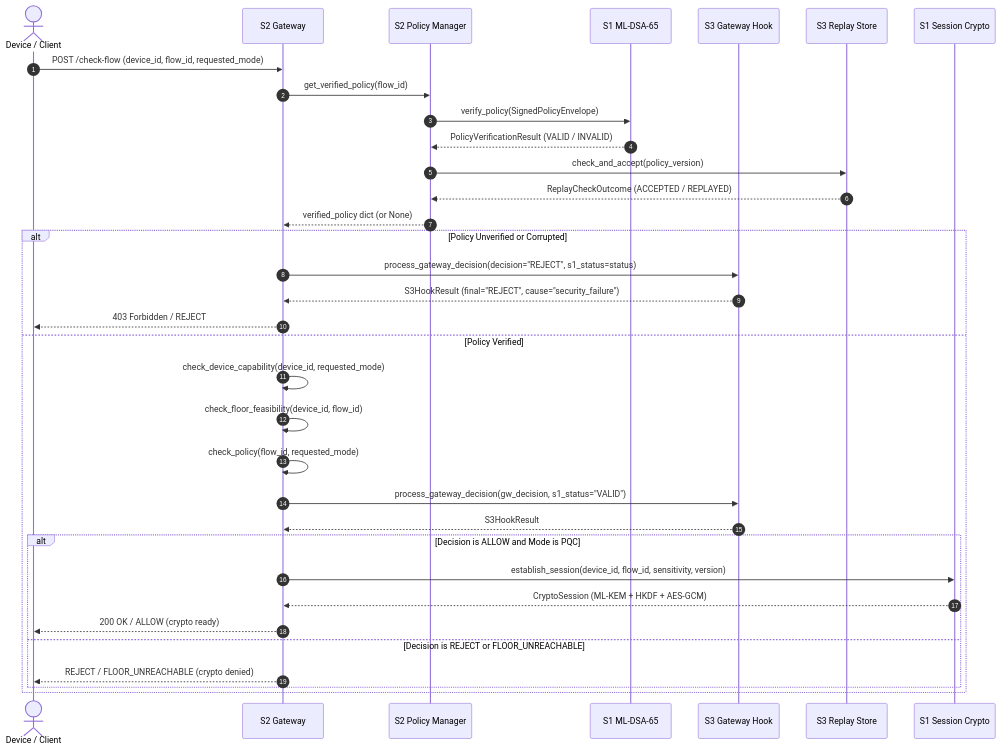
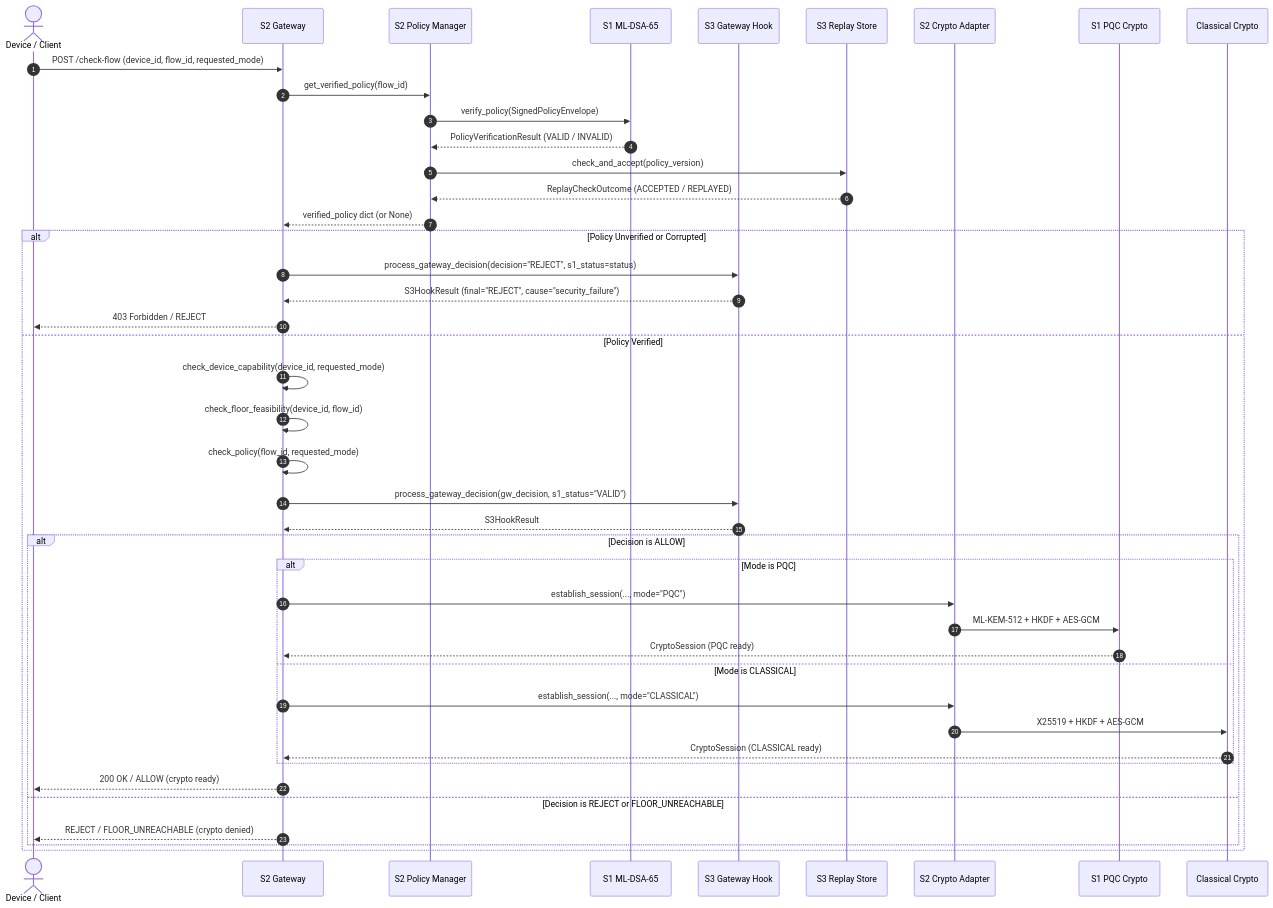
One commit to preksha-07/QERIS changed the second of 2 diagrams in docs/ARCHITECTURE.md. Above: the diagram before and after it, drawn with Mermaid. The commit also changed other lines of this file and 21 other files, not shown here.

Commit message:
Integrate classical cryptography add-on (X25519 + HKDF + AES-GCM) with dual-mode gateway

````diff
--- a/docs/ARCHITECTURE.md
+++ b/docs/ARCHITECTURE.md
@@ -104,39 +120,48 @@
 ```mermaid
 sequenceDiagram
     autonumber
     actor Client as Device / Client
     participant GW as S2 Gateway
     participant PM as S2 Policy Manager
     participant S1 as S1 ML-DSA-65
     participant S3 as S3 Gateway Hook
     participant RP as S3 Replay Store
-    participant Crypto as S1 Session Crypto
+    participant Adapter as S2 Crypto Adapter
+    participant S1Crypto as S1 PQC Crypto
+    participant ClCrypto as Classical Crypto
 
     Client->>GW: POST /check-flow (device_id, flow_id, requested_mode)
     GW->>PM: get_verified_policy(flow_id)
     PM->>S1: verify_policy(SignedPolicyEnvelope)
     S1-->>PM: PolicyVerificationResult (VALID / INVALID)
     PM->>RP: check_and_accept(policy_version)
     RP-->>PM: ReplayCheckOutcome (ACCEPTED / REPLAYED)
     PM-->>GW: verified_policy dict (or None)
 
     alt Policy Unverified or Corrupted
         GW->>S3: process_gateway_decision(decision="REJECT", s1_status=status)
         S3-->>GW: S3HookResult (final="REJECT", cause="security_failure")
         GW-->>Client: 403 Forbidden / REJECT
     else Policy Verified
         GW->>GW: check_device_capability(device_id, requested_mode)
         GW->>GW: check_floor_feasibility(device_id, flow_id)
         GW->>GW: check_policy(flow_id, requested_mode)
         GW->>S3: process_gateway_decision(gw_decision, s1_status="VALID")
         S3-->>GW: S3HookResult
         
-        alt Decision is ALLOW and Mode is PQC
-            GW->>Crypto: establish_session(device_id, flow_id, sensitivity, version)
-            Crypto-->>GW: CryptoSession (ML-KEM + HKDF + AES-GCM)
+        alt Decision is ALLOW
+            alt Mode is PQC
+                GW->>Adapter: establish_session(..., mode="PQC")
+                Adapter->>S1Crypto: ML-KEM-512 + HKDF + AES-GCM
+                S1Crypto-->>GW: CryptoSession (PQC ready)
+            else Mode is CLASSICAL
+                GW->>Adapter: establish_session(..., mode="CLASSICAL")
+                Adapter->>ClCrypto: X25519 + HKDF + AES-GCM
+                ClCrypto-->>GW: CryptoSession (CLASSICAL ready)
+            end
             GW-->>Client: 200 OK / ALLOW (crypto ready)
         else Decision is REJECT or FLOOR_UNREACHABLE
             GW-->>Client: REJECT / FLOOR_UNREACHABLE (crypto denied)
         end
     end
 ```
````
